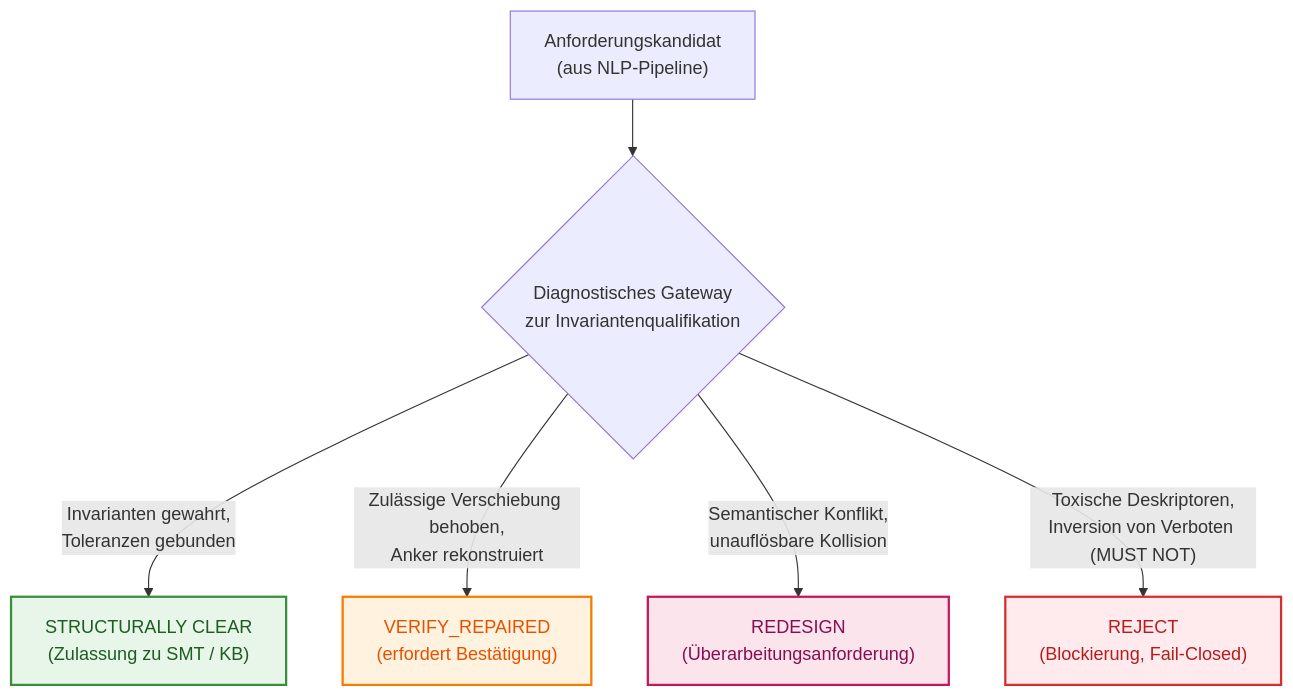
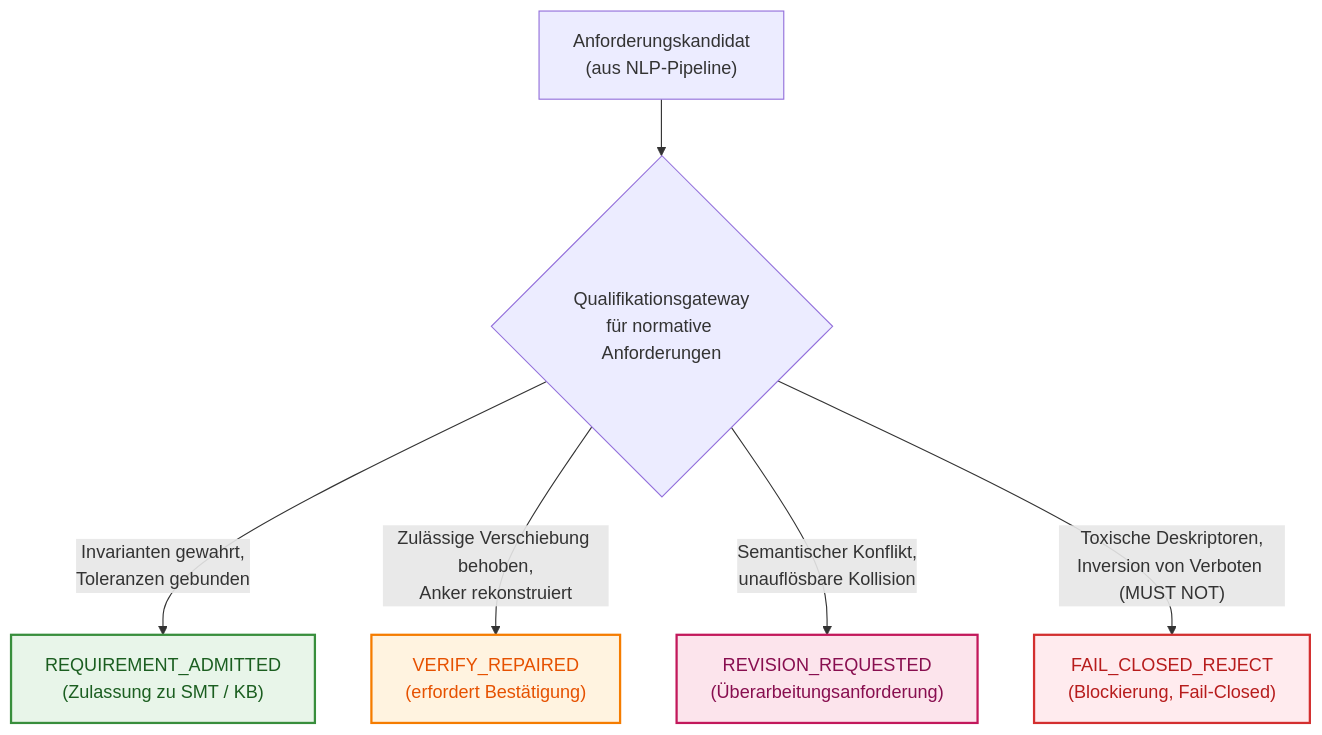
One commit to nick-fedchik/articles changed the fifth of 6 diagrams in ExpertSystem/translations/de/ch14-requirements-detection-and-formalization.md. Above: the diagram before and after it, drawn with Mermaid. The commit also changed other lines of this file and 9 other files, not shown here.

````diff
--- a/ExpertSystem/translations/de/ch14-requirements-detection-and-formalization.md
+++ b/ExpertSystem/translations/de/ch14-requirements-detection-and-formalization.md
@@ -450,21 +450,21 @@
 ```mermaid
 flowchart TD
     accTitle: Vierstufiges Qualifikationsgateway für Anforderungen
-    accDescr: Entscheidungsprotokoll des Gateways: STRUCTURALLY CLEAR, VERIFY_REPAIRED, REDESIGN, REJECT.
+    accDescr: Entscheidungsprotokoll des Gateways: REQUIREMENT_ADMITTED, VERIFY_REPAIRED, REVISION_REQUESTED, FAIL_CLOSED_REJECT.
 
-    REQ["Anforderungskandidat<br/>(aus NLP-Pipeline)"] --> GATE{"Diagnostisches Gateway<br/>zur Invariantenqualifikation"}
-    GATE -->|"Invarianten gewahrt,<br/>Toleranzen gebunden"| SC["STRUCTURALLY CLEAR<br/>(Zulassung zu SMT / KB)"]
+    REQ["Anforderungskandidat<br/>(aus NLP-Pipeline)"] --> GATE{"Qualifikationsgateway<br/>für normative Anforderungen"}
+    GATE -->|"Invarianten gewahrt,<br/>Toleranzen gebunden"| RA["REQUIREMENT_ADMITTED<br/>(Zulassung zu SMT / KB)"]
     GATE -->|"Zulässige Verschiebung behoben,<br/>Anker rekonstruiert"| VR["VERIFY_REPAIRED<br/>(erfordert Bestätigung)"]
-    GATE -->|"Semantischer Konflikt,<br/>unauflösbare Kollision"| RD["REDESIGN<br/>(Überarbeitungsanforderung)"]
-    GATE -->|"Toxische Deskriptoren,<br/>Inversion von Verboten (MUST NOT)"| RJ["REJECT<br/>(Blockierung, Fail-Closed)"]
+    GATE -->|"Semantischer Konflikt,<br/>unauflösbare Kollision"| RR["REVISION_REQUESTED<br/>(Überarbeitungsanforderung)"]
+    GATE -->|"Toxische Deskriptoren,<br/>Inversion von Verboten (MUST NOT)"| FR["FAIL_CLOSED_REJECT<br/>(Blockierung, Fail-Closed)"]
 
     classDef ok fill:#e8f5e9,stroke:#388e3c,stroke-width:2px,color:#1b5e20;
     classDef check fill:#fff3e0,stroke:#f57c00,stroke-width:2px,color:#e65100;
     classDef warn fill:#fce4ec,stroke:#c2185b,stroke-width:2px,color:#880e4f;
     classDef err fill:#ffebee,stroke:#d32f2f,stroke-width:2px,color:#b71c1c;
 
-    class SC ok;
+    class RA ok;
     class VR check;
-    class RD warn;
-    class RJ err;
+    class RR warn;
+    class FR err;
 ```
````
